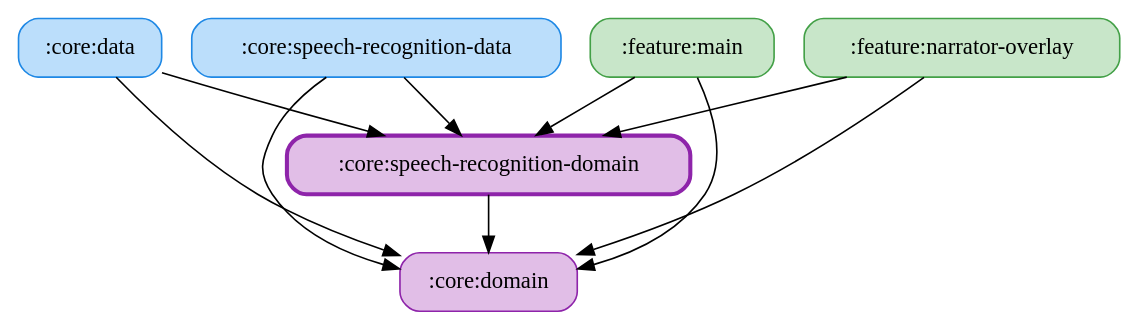
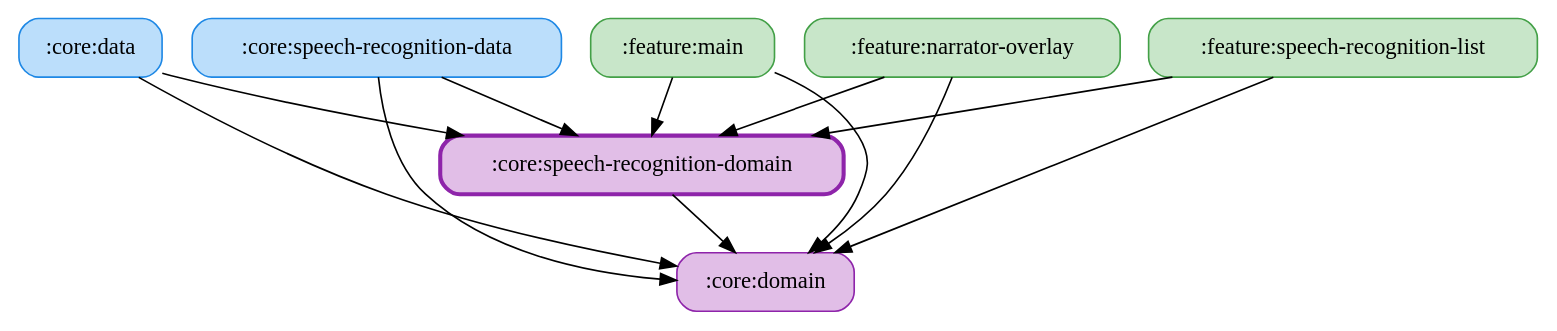
Before and after one commit to ai-kurou/KoDriver: the diagram in docs/graphs/core-speech-recognition-domain.gv, drawn with Graphviz. The commit also changed 31 other files, not shown here.

Commit message:
chore: update module graph images

```diff
--- a/docs/graphs/core-speech-recognition-domain.gv
+++ b/docs/graphs/core-speech-recognition-domain.gv
@@ -1,19 +1,22 @@
 digraph G {
   rankdir=TB
   node [shape=box, style="rounded,filled"]
   ":core:data" [fillcolor="#BBDEFB", color="#1E88E5", penwidth=1]
   ":core:domain" [fillcolor="#E1BEE7", color="#8E24AA", penwidth=1]
   ":core:speech-recognition-data" [fillcolor="#BBDEFB", color="#1E88E5", penwidth=1]
   ":core:speech-recognition-domain" [fillcolor="#E1BEE7", color="#8E24AA", penwidth=2.5]
   ":feature:main" [fillcolor="#C8E6C9", color="#43A047", penwidth=1]
   ":feature:narrator-overlay" [fillcolor="#C8E6C9", color="#43A047", penwidth=1]
+  ":feature:speech-recognition-list" [fillcolor="#C8E6C9", color="#43A047", penwidth=1]
   ":core:data" -> ":core:domain"
   ":core:data" -> ":core:speech-recognition-domain"
   ":core:speech-recognition-data" -> ":core:domain"
   ":core:speech-recognition-data" -> ":core:speech-recognition-domain"
   ":core:speech-recognition-domain" -> ":core:domain"
   ":feature:main" -> ":core:domain"
   ":feature:main" -> ":core:speech-recognition-domain"
   ":feature:narrator-overlay" -> ":core:domain"
   ":feature:narrator-overlay" -> ":core:speech-recognition-domain"
+  ":feature:speech-recognition-list" -> ":core:domain"
+  ":feature:speech-recognition-list" -> ":core:speech-recognition-domain"
 }
```
